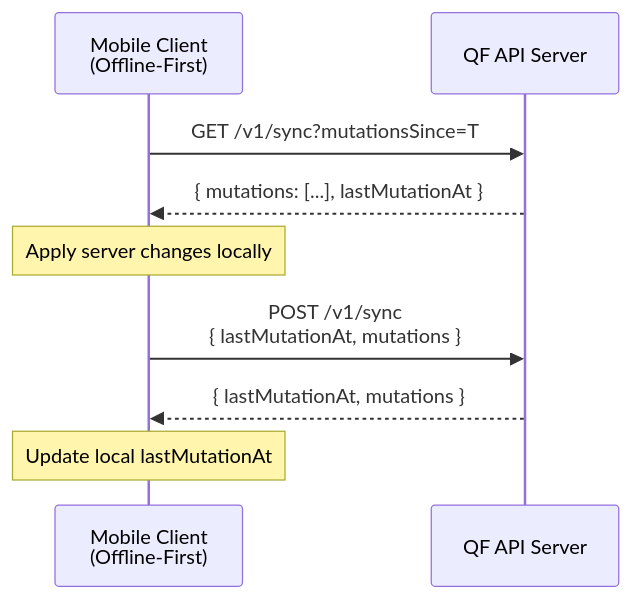
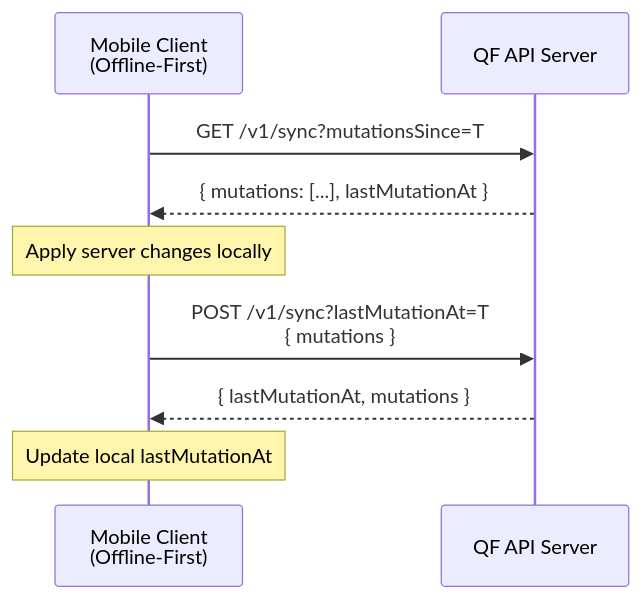
The first of 2 diagrams in docs/tutorials/sync/getting-started.mdx (quran/qf-api-docs), drawn with Mermaid before and after one commit. The commit also changed other lines of this file and 2 other files, not shown here.

````diff
--- a/docs/tutorials/sync/getting-started.mdx
+++ b/docs/tutorials/sync/getting-started.mdx
@@ -21,15 +21,15 @@
 ```mermaid
 sequenceDiagram
     participant Client as Mobile Client<br/>(Offline-First)
     participant Server as QF API Server
 
     Client->>Server: GET /v1/sync?mutationsSince=T
     Server-->>Client: { mutations: [...], lastMutationAt }
 
     Note over Client: Apply server changes locally
 
-    Client->>Server: POST /v1/sync<br/>{ lastMutationAt, mutations }
+    Client->>Server: POST /v1/sync?lastMutationAt=T<br/>{ mutations }
     Server-->>Client: { lastMutationAt, mutations }
 
     Note over Client: Update local lastMutationAt
 ```
````
